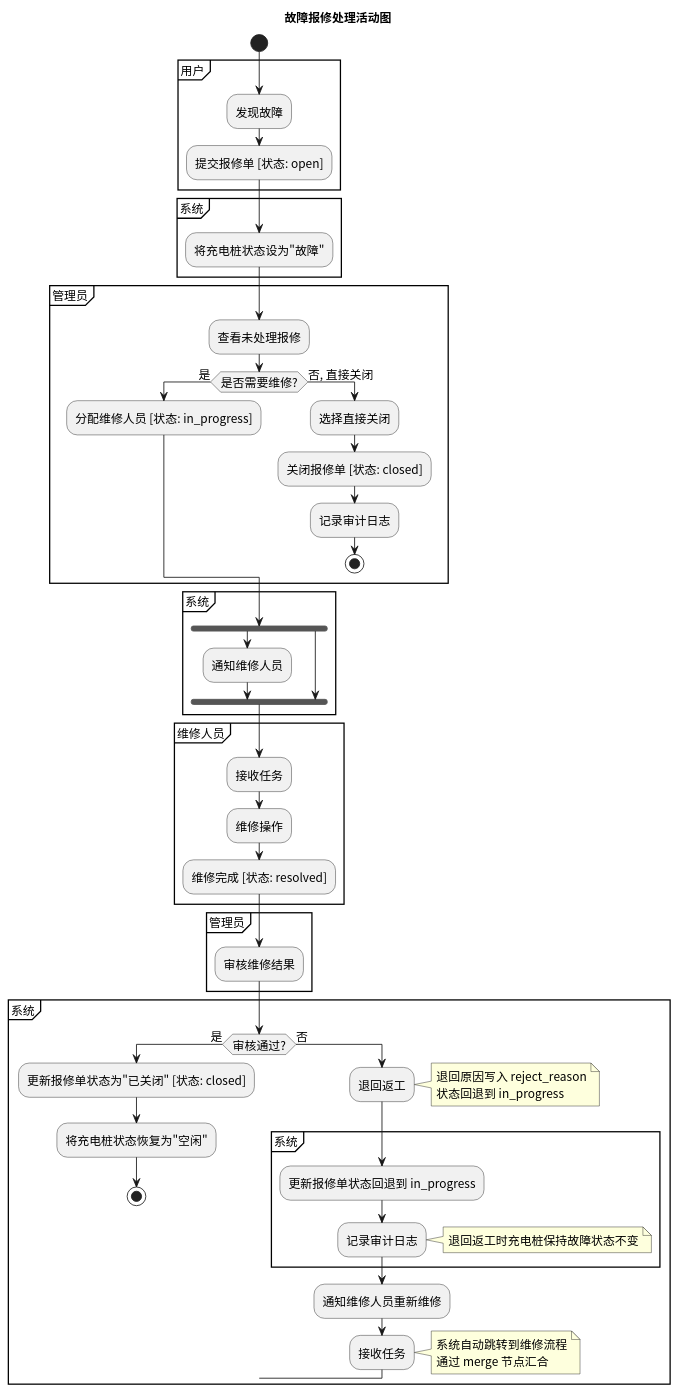
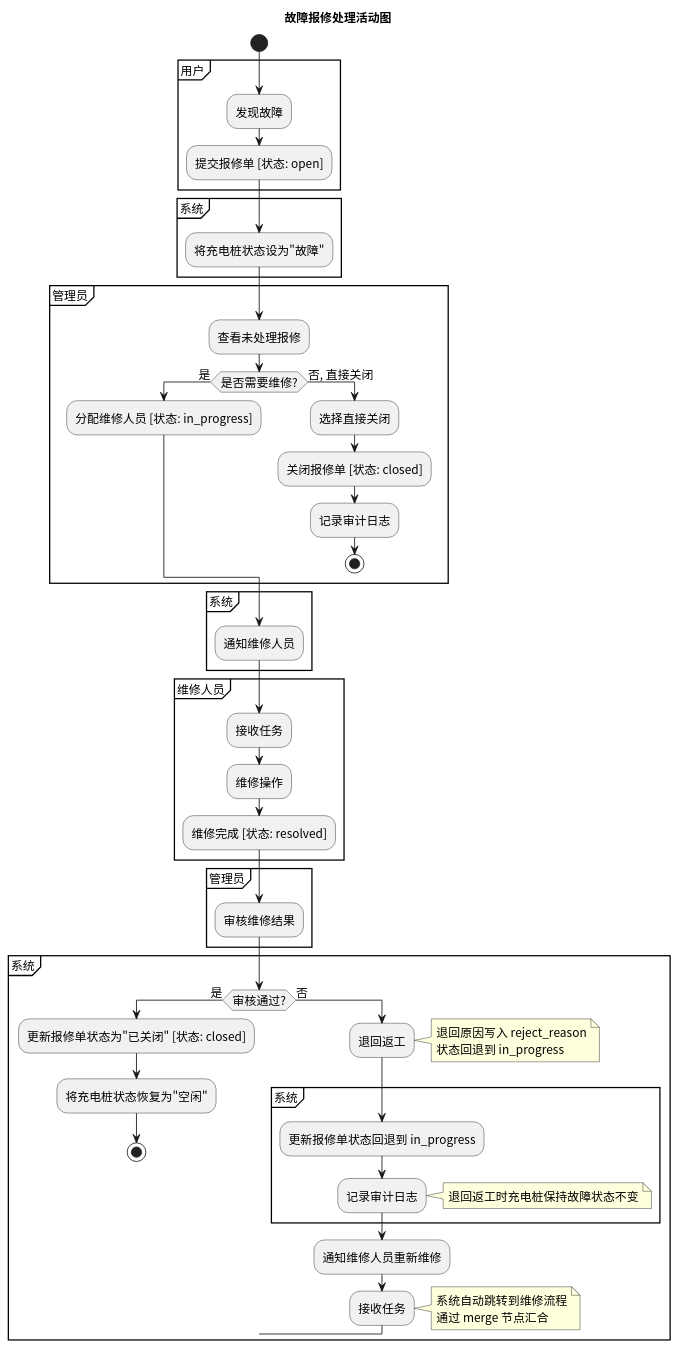
Before and after one commit to greenhandzdl/charging-station-doc: the diagram in activity/src/activity_repair.puml, drawn with PlantUML. The commit also changed 24 other files, not shown here.

```diff
--- a/activity/src/activity_repair.puml
+++ b/activity/src/activity_repair.puml
@@ -1,64 +1,61 @@
 @startuml
 skinparam defaultFontName "Noto Sans CJK SC"
 skinparam defaultFontSize 14
 title 故障报修处理活动图
 start
 
 partition "用户" {
   :发现故障;
   :提交报修单 [状态: open];
 }
 
 partition "系统" {
   :将充电桩状态设为"故障";
 }
 
 partition "管理员" {
   :查看未处理报修;
   if (是否需要维修?) then (是)
     :分配维修人员 [状态: in_progress];
   else (否, 直接关闭)
     :选择直接关闭;
     :关闭报修单 [状态: closed];
     :记录审计日志;
     stop
   endif
 }
 
 partition "系统" {
-  fork
-    :通知维修人员;
-  fork again
-  endfork
+  :通知维修人员;
 }
 
 partition "维修人员" {
   :接收任务;
   :维修操作;
   :维修完成 [状态: resolved];
 }
 
 partition "管理员" {
   :审核维修结果;
 }
 
 partition "系统" {
   if (审核通过?) then (是)
     :更新报修单状态为"已关闭" [状态: closed];
     :将充电桩状态恢复为"空闲";
     stop
   else (否)
     :退回返工;
     note right: 退回原因写入 reject_reason\n状态回退到 in_progress
     partition "系统" {
       :更新报修单状态回退到 in_progress;
       :记录审计日志;
       note right: 退回返工时充电桩保持故障状态不变
     }
     :通知维修人员重新维修;
     :接收任务;
     note right: 系统自动跳转到维修流程\n通过 merge 节点汇合
   endif
 }
 
 @enduml
```
